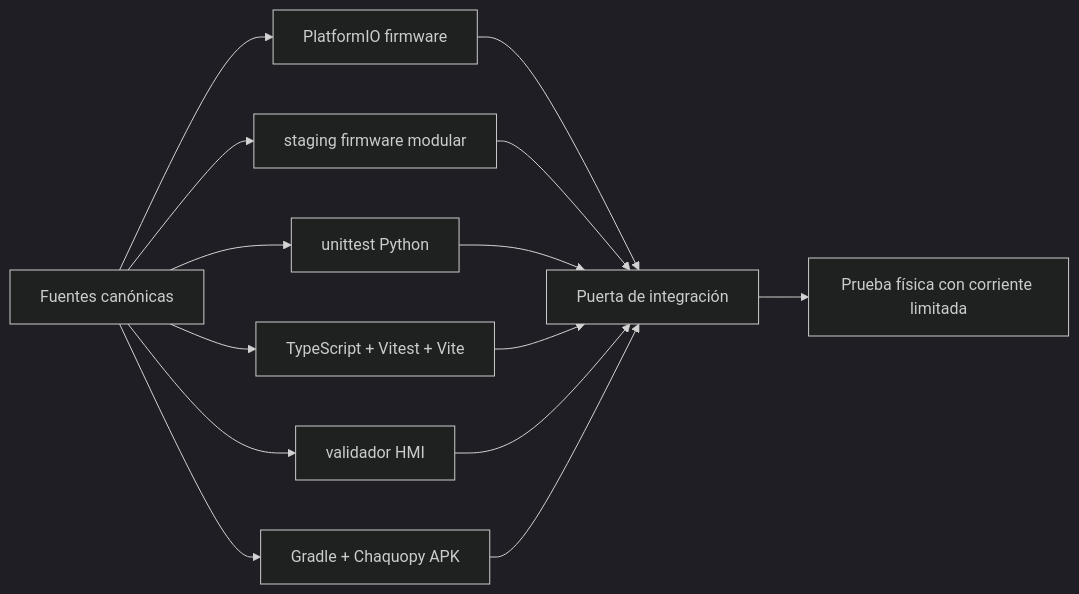
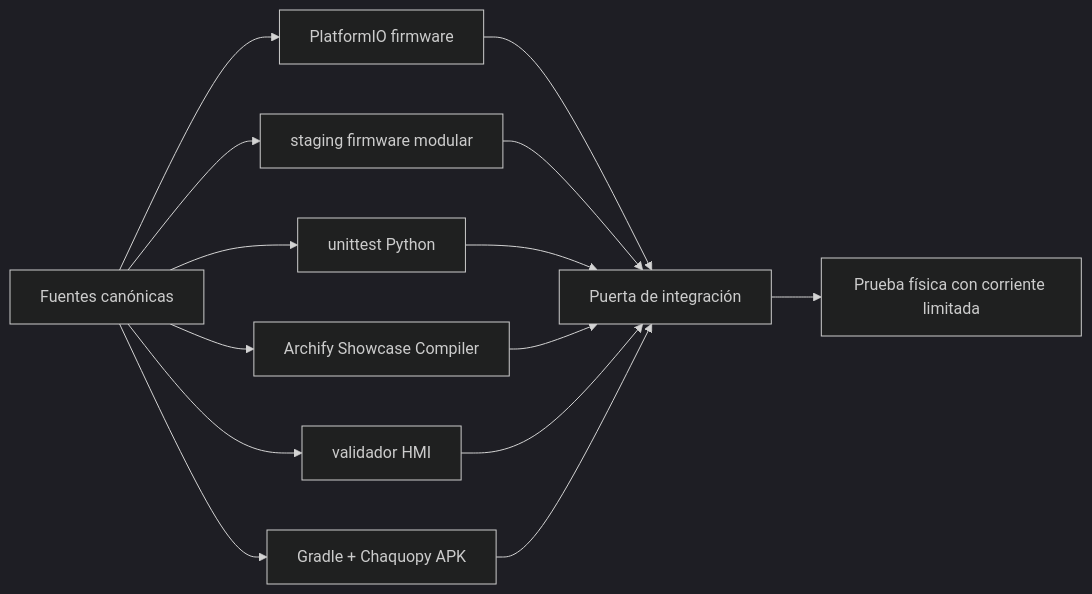
Before and after one commit to RubenAndresGome/carroTest3-For-Esp32-s3-wroom: diagram 18 of 19 in DIAGRAMA_SISTEMA_GENERAL.md, drawn with Mermaid (dark theme). The commit also changed other lines of this file and 369 other files, not shown here.

````diff
--- a/DIAGRAMA_SISTEMA_GENERAL.md
+++ b/DIAGRAMA_SISTEMA_GENERAL.md
@@ -509,16 +547,16 @@
 ```mermaid
 flowchart LR
     Source["Fuentes canónicas"] --> PIO["PlatformIO firmware"]
     Source --> Modular["staging firmware modular"]
     Source --> PyTest["unittest Python"]
-    Source --> Front["TypeScript + Vitest + Vite"]
+    Source --> Archify["Archify Showcase Compiler"]
     Source --> HmiCheck["validador HMI"]
     Source --> Gradle["Gradle + Chaquopy APK"]
     PIO --> Gate["Puerta de integración"]
     Modular --> Gate
     PyTest --> Gate
-    Front --> Gate
+    Archify --> Gate
     HmiCheck --> Gate
     Gradle --> Gate
     Gate --> Physical["Prueba física con corriente limitada"]
 ```
````
